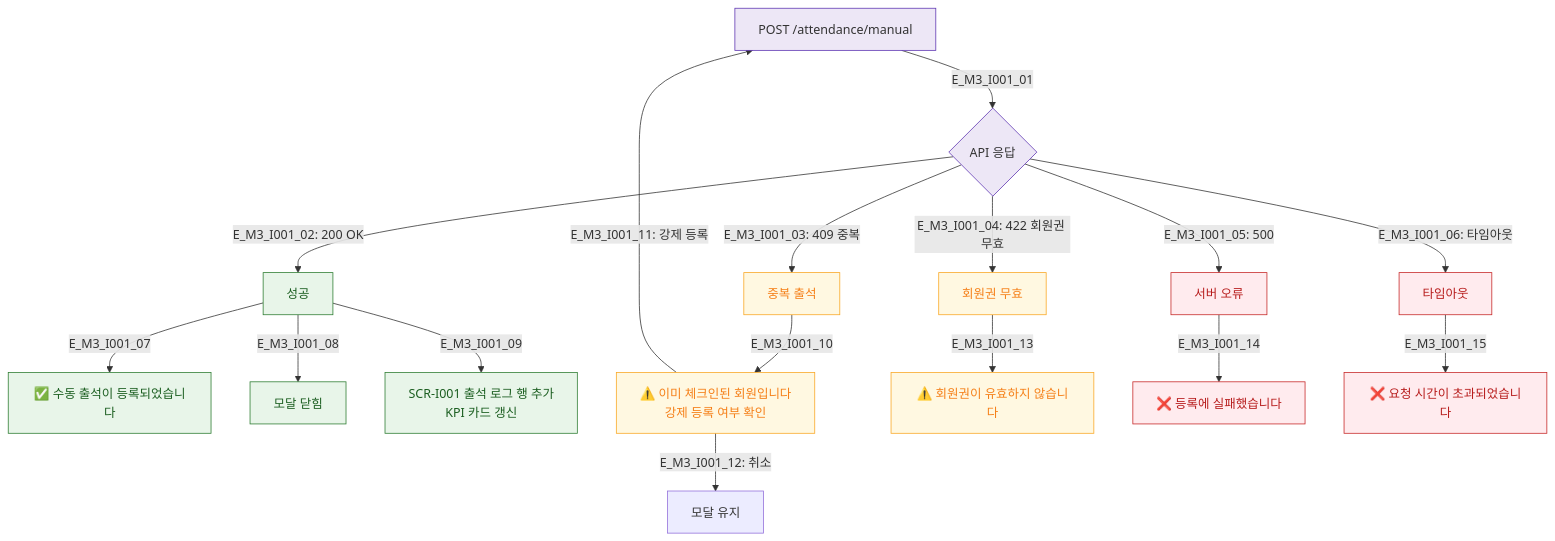
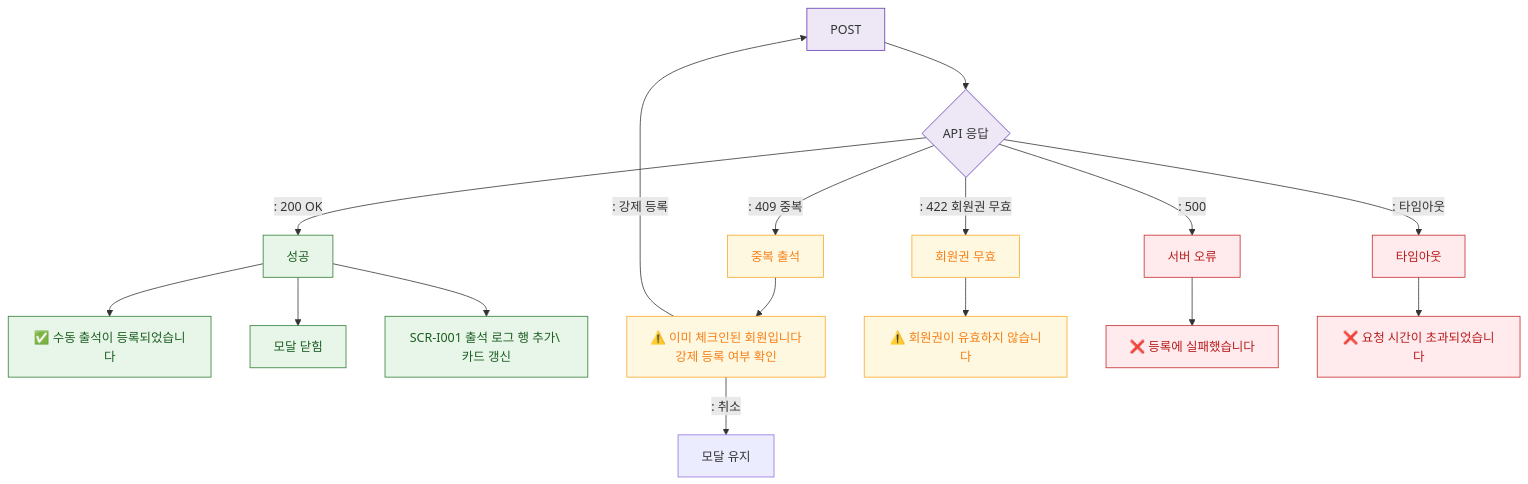
One commit to dev-spogym/admin-pando changed the diagram in docs/다이어그램/D11_통합운영/DLG/DLG-I001_수동출석등록/M3_결과분기.md. Above: the diagram before and after it, drawn with Mermaid. The commit also changed other lines of this file and 1660 other files, not shown here.

First line of the commit message:
다이어그램: 기획자/클라이언트 납품본으로 정리

````diff
--- a/docs/다이어그램/D11_통합운영/DLG/DLG-I001_수동출석등록/M3_결과분기.md
+++ b/docs/다이어그램/D11_통합운영/DLG/DLG-I001_수동출석등록/M3_결과분기.md
@@ -16,31 +14,31 @@
 ```mermaid
 flowchart TD
-    API[POST /attendance/manual] -->|E_M3_I001_01| RESP{API 응답}
+    API[POST] --> RESP{API 응답}
 
-    RESP -->|"E_M3_I001_02: 200 OK"| OK[성공]
-    RESP -->|"E_M3_I001_03: 409 중복"| DUP[중복 출석]
-    RESP -->|"E_M3_I001_04: 422 회원권 무효"| INVALID[회원권 무효]
-    RESP -->|"E_M3_I001_05: 500"| SERVER_ERR[서버 오류]
-    RESP -->|"E_M3_I001_06: 타임아웃"| TIMEOUT[타임아웃]
+    RESP -->|": 200 OK"|OK[성공]
+    RESP -->|": 409 중복"|DUP[중복 출석]
+    RESP -->|": 422 회원권 무효"|INVALID[회원권 무효]
+    RESP -->|": 500"|SERVER_ERR[서버 오류]
+    RESP -->|": 타임아웃"|TIMEOUT[타임아웃]
 
-    OK -->|E_M3_I001_07| TOAST_OK[✅ 수동 출석이 등록되었습니다]
-    OK -->|E_M3_I001_08| CLOSE[모달 닫힘]
-    OK -->|E_M3_I001_09| PARENT_UPDATE[SCR-I001 출석 로그 행 추가\nKPI 카드 갱신]
+    OK --> TOAST_OK[✅ 수동 출석이 등록되었습니다]
+    OK --> CLOSE[모달 닫힘]
+    OK --> PARENT_UPDATE[SCR-I001 출석 로그 행 추가\ 카드 갱신]
 
-    DUP -->|E_M3_I001_10| WARN[⚠️ 이미 체크인된 회원입니다\n강제 등록 여부 확인]
-    WARN -->|"E_M3_I001_11: 강제 등록"| API
-    WARN -->|"E_M3_I001_12: 취소"| FORM[모달 유지]
+    DUP --> WARN[⚠️ 이미 체크인된 회원입니다\n강제 등록 여부 확인]
+    WARN -->|": 강제 등록"|API
+    WARN -->|": 취소"|FORM[모달 유지]
 
-    INVALID -->|E_M3_I001_13| TOAST_WARN[⚠️ 회원권이 유효하지 않습니다]
-    SERVER_ERR -->|E_M3_I001_14| TOAST_ERR[❌ 등록에 실패했습니다]
-    TIMEOUT -->|E_M3_I001_15| TOAST_TIMEOUT[❌ 요청 시간이 초과되었습니다]
+    INVALID --> TOAST_WARN[⚠️ 회원권이 유효하지 않습니다]
+    SERVER_ERR --> TOAST_ERR[❌ 등록에 실패했습니다]
+    TIMEOUT --> TOAST_TIMEOUT[❌ 요청 시간이 초과되었습니다]
 
-    classDef system       fill:#EDE7F6,stroke:#5E35B2
-    classDef success      fill:#E8F5E9,stroke:#2E7D32,color:#1B5E20
-    classDef error        fill:#FFEBEE,stroke:#C62828,color:#B71C1C
-    classDef warning      fill:#FFF8E1,stroke:#F9A825,color:#F57F17
+    classDef system fill:#EDE7F6,stroke:#5E35B2
+    classDef success fill:#E8F5E9,stroke:#2E7D32,color:#1B5E20
+    classDef error fill:#FFEBEE,stroke:#C62828,color:#B71C1C
+    classDef warning fill:#FFF8E1,stroke:#F9A825,color:#F57F17
     class API,RESP system
     class OK,TOAST_OK,CLOSE,PARENT_UPDATE success
     class DUP,WARN,INVALID,TOAST_WARN warning
     class SERVER_ERR,TIMEOUT,TOAST_ERR,TOAST_TIMEOUT error
 ```
````
